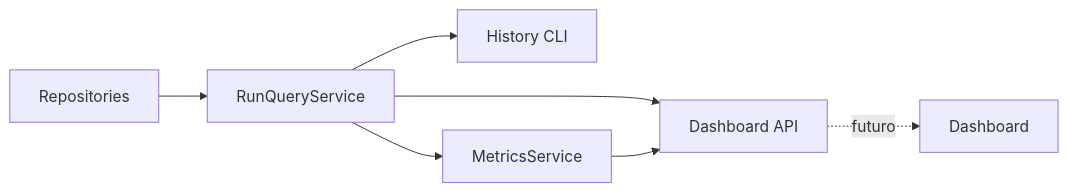
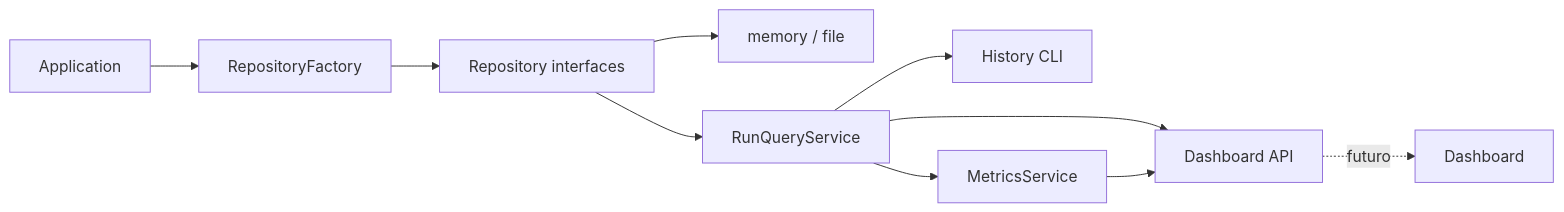
Before and after one commit to paul-92/fabrica-de-software: the diagram in docs/architecture/DashboardAPI.md, drawn with Mermaid. The commit also changed other lines of this file and 47 other files, not shown here.

Commit message:
feat: add SQLite repository backend and architectural documentation

````diff
--- a/docs/architecture/DashboardAPI.md
+++ b/docs/architecture/DashboardAPI.md
@@ -11,9 +11,12 @@
 ```mermaid
 flowchart LR
-    REPOS["Repositories"] --> QUERY["RunQueryService"]
+    APP["Application"] --> FACTORY["RepositoryFactory"]
+    FACTORY --> PORTS["Repository interfaces"]
+    PORTS --> REPOS["memory / file"]
+    PORTS --> QUERY["RunQueryService"]
     QUERY --> HISTORY["History CLI"]
     QUERY --> METRICS["MetricsService"]
     QUERY --> API["Dashboard API"]
     METRICS --> API
     API -. futuro .-> UI["Dashboard"]
 ```
````
